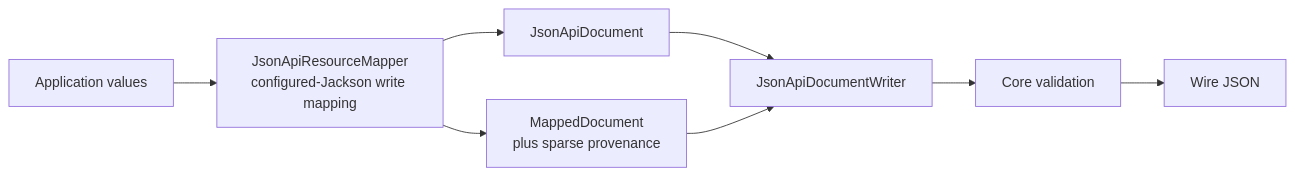
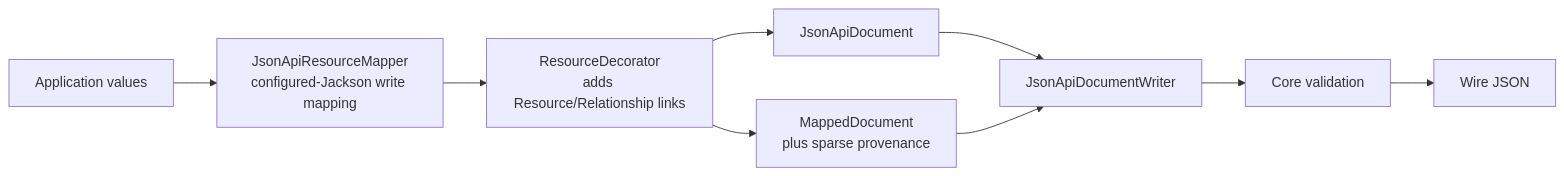
One commit to kazemek/jsonapi-java changed the third of 6 diagrams in docs/architecture.md. Above: the diagram before and after it, drawn with Mermaid. The commit also changed other lines of this file and 23 other files, not shown here.

Commit message:
feat(jackson-api): add resource link decoration for domain writes

````diff
--- a/docs/architecture.md
+++ b/docs/architecture.md
@@ -81,10 +81,11 @@
 ```mermaid
 flowchart LR
   APP["Application values"] --> MAP["JsonApiResourceMapper<br/>configured-Jackson write mapping"]
-  MAP --> COREDOC["JsonApiDocument"]
-  MAP --> MAPPED["MappedDocument<br/>plus sparse provenance"]
+  MAP --> DECOR["ResourceDecorator<br/>adds Resource/Relationship links"]
+  DECOR --> COREDOC["JsonApiDocument"]
+  DECOR --> MAPPED["MappedDocument<br/>plus sparse provenance"]
   COREDOC --> WRITER["JsonApiDocumentWriter"]
   MAPPED --> WRITER
   WRITER --> VAL["Core validation"]
   VAL --> JSON["Wire JSON"]
 ```
````
